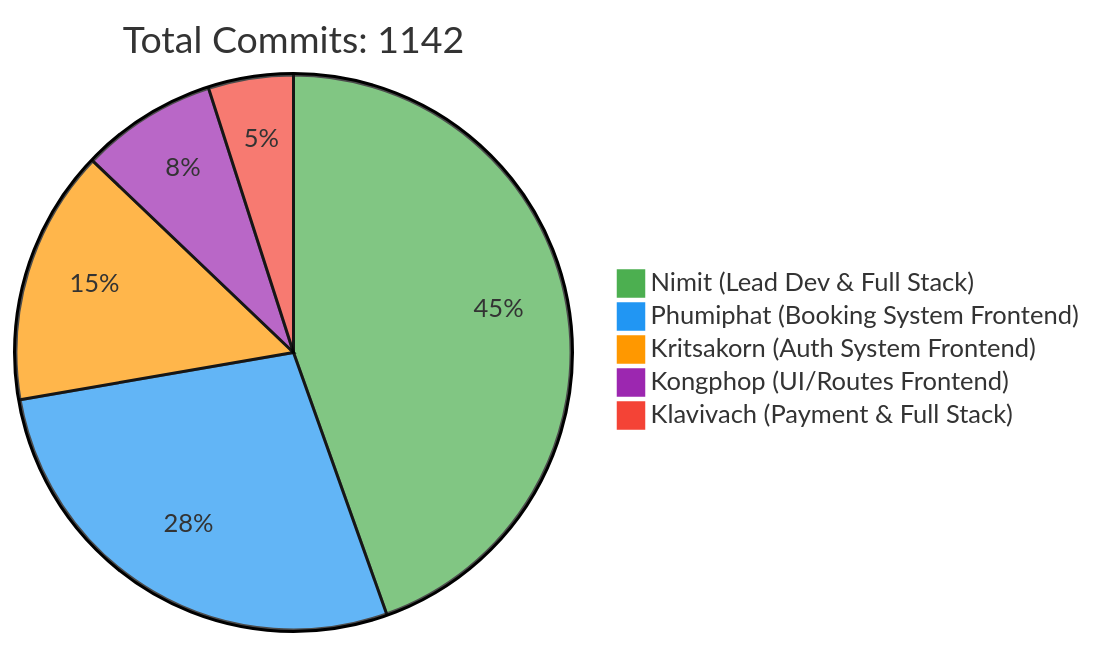
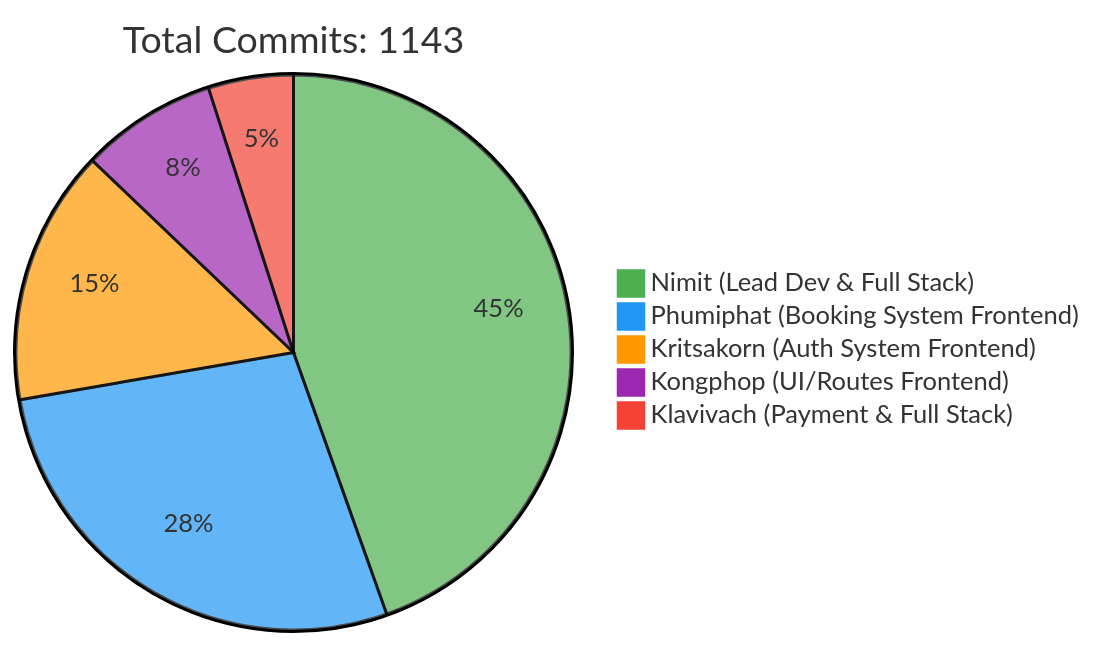
Before and after one commit to 6531503042/Sport-Complex: the first of 2 diagrams in README.md, drawn with Mermaid. The commit also changed other lines of this file, not shown here.

Commit message:
docs: Update contributor statistics [skip ci]

````diff
--- a/README.md
+++ b/README.md
@@ -257,10 +257,10 @@
 ```mermaid
 %%{init: {'theme': 'base', 'themeVariables': { 'pie1': '#4CAF50', 'pie2': '#2196F3', 'pie3': '#FF9800', 'pie4': '#9C27B0', 'pie5': '#F44336'}}}%%
 pie
-    title Total Commits: 1142
+    title Total Commits: 1143
     "Nimit (Lead Dev & Full Stack)" : 450
     "Phumiphat (Booking System Frontend)" : 280
     "Kritsakorn (Auth System Frontend)" : 150
     "Kongphop (UI/Routes Frontend)" : 80
     "Klavivach (Payment & Full Stack)" : 50
 ```
````
